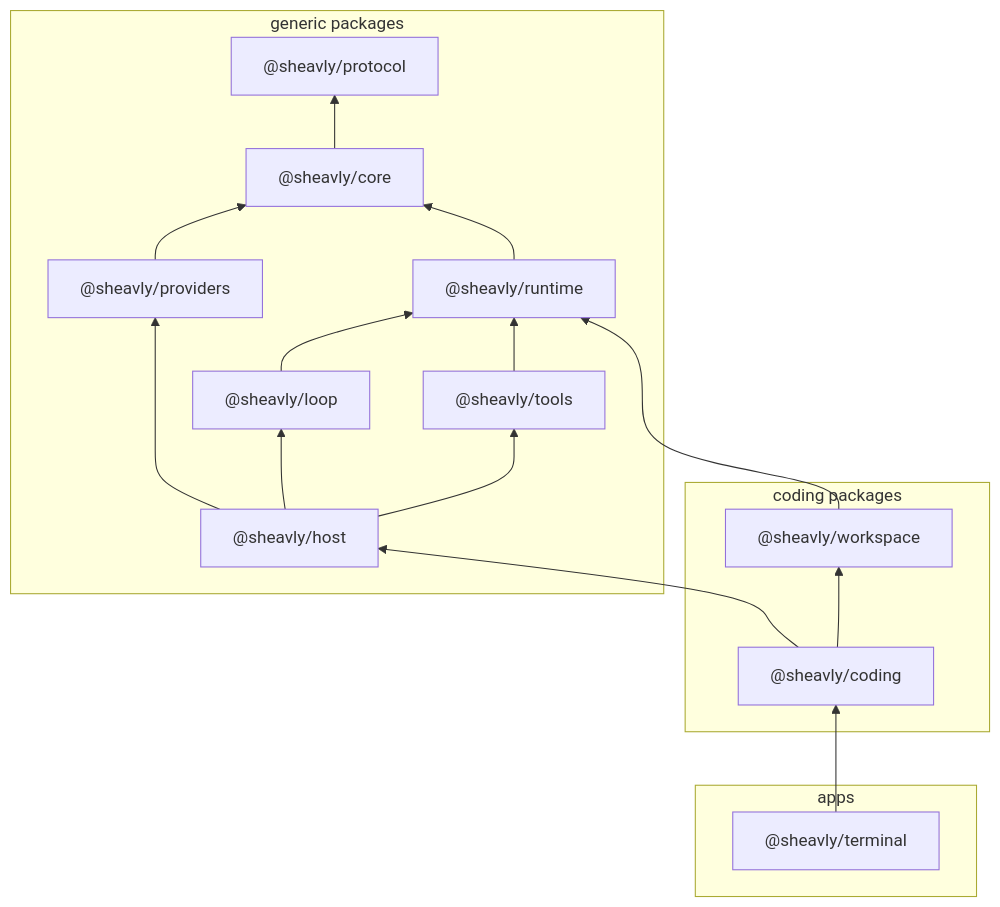
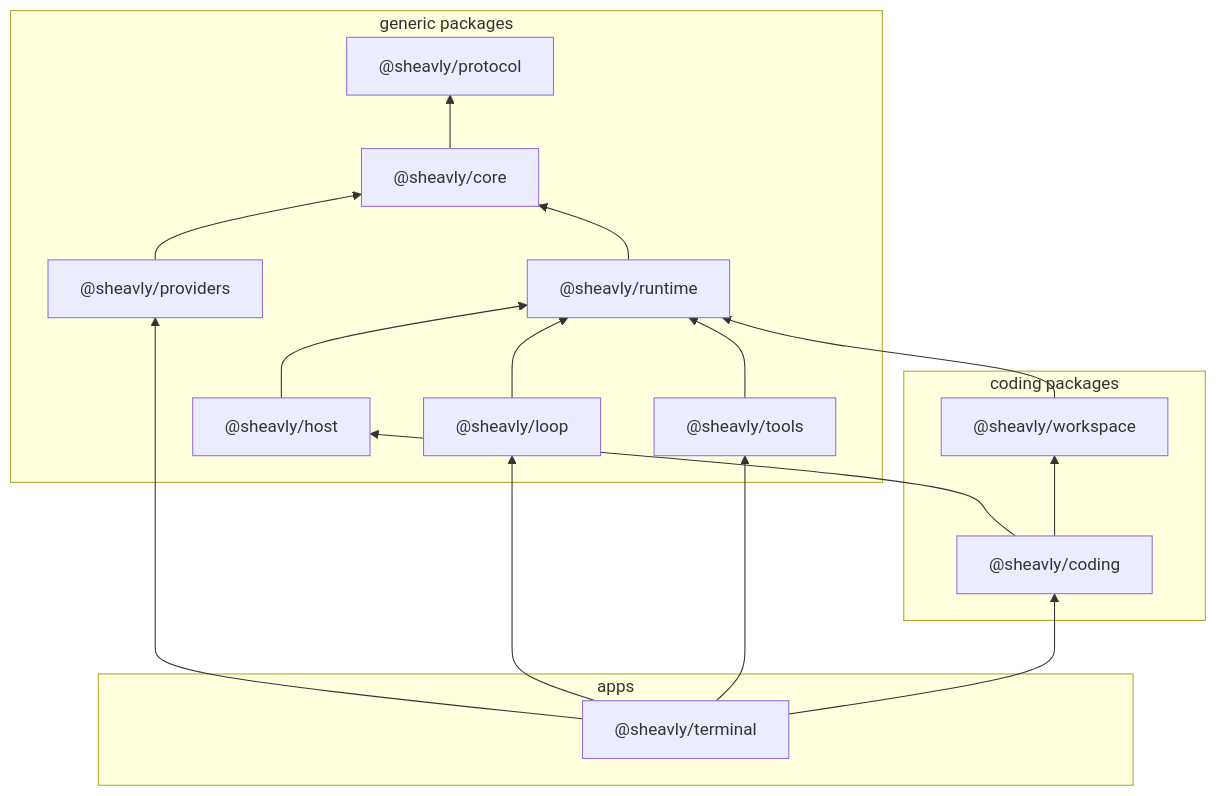
One commit to Sheavly/code changed the diagram in docs/overview.md. Above: the diagram before and after it, drawn with Mermaid. The commit also changed other lines of this file and 48 other files, not shown here.

````diff
--- a/docs/overview.md
+++ b/docs/overview.md
@@ -35,31 +35,32 @@
 ```mermaid
 flowchart BT
   subgraph group_generic ["generic packages"]
     core["@sheavly/core"]
     host["@sheavly/host"]
     loop["@sheavly/loop"]
     protocol["@sheavly/protocol"]
     providers["@sheavly/providers"]
     runtime["@sheavly/runtime"]
     tools["@sheavly/tools"]
   end
   subgraph group_coding ["coding packages"]
     coding["@sheavly/coding"]
     workspace["@sheavly/workspace"]
   end
   subgraph group_apps ["apps"]
     terminal["@sheavly/terminal"]
   end
   coding --> host
   coding --> workspace
   core --> protocol
-  host --> loop
-  host --> providers
-  host --> tools
+  host --> runtime
   loop --> runtime
   providers --> core
   runtime --> core
   terminal --> coding
+  terminal --> loop
+  terminal --> providers
+  terminal --> tools
   tools --> runtime
   workspace --> runtime
 ```
````
